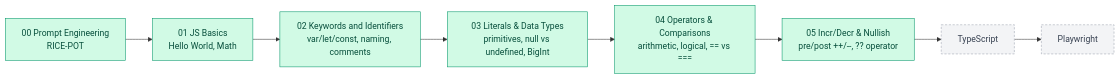
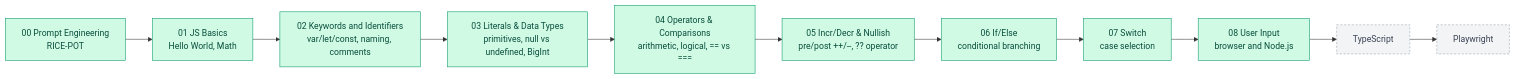
Before and after one commit to vmmukundhanleo/Learn_JSTS_Playwright_4X: the first of 14 diagrams in README.md, drawn with Mermaid. The commit also changed other lines of this file and 19 other files, not shown here.

````diff
--- a/README.md
+++ b/README.md
@@ -61,14 +65,17 @@
 ```mermaid
 flowchart LR
     C0["00 Prompt Engineering<br/>RICE-POT"]:::done --> C1["01 JS Basics<br/>Hello World, Math"]:::done
     C1 --> C2["02 Keywords and Identifiers<br/>var/let/const, naming, comments"]:::done
     C2 --> C3["03 Literals & Data Types<br/>primitives, null vs undefined, BigInt"]:::done
     C3 --> C4["04 Operators & Comparisons<br/>arithmetic, logical, == vs ==="]:::done
     C4 --> C5["05 Incr/Decr & Nullish<br/>pre/post ++/--, ?? operator"]:::done
-    C5 --> TS["TypeScript"]:::planned
+    C5 --> C6["06 If/Else<br/>conditional branching"]:::done
+    C6 --> C7["07 Switch<br/>case selection"]:::done
+    C7 --> C8["08 User Input<br/>browser and Node.js"]:::done
+    C8 --> TS["TypeScript"]:::planned
     TS --> PW["Playwright"]:::planned
 
     classDef done fill:#d1fae5,stroke:#059669,color:#064e3b
     classDef progress fill:#fef3c7,stroke:#d97706,color:#78350f
     classDef planned fill:#f3f4f6,stroke:#9ca3af,color:#374151,stroke-dasharray: 4 3
 ```
````
